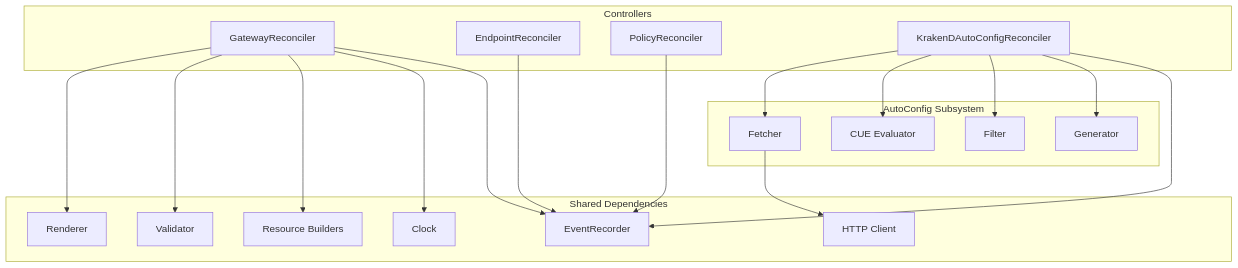
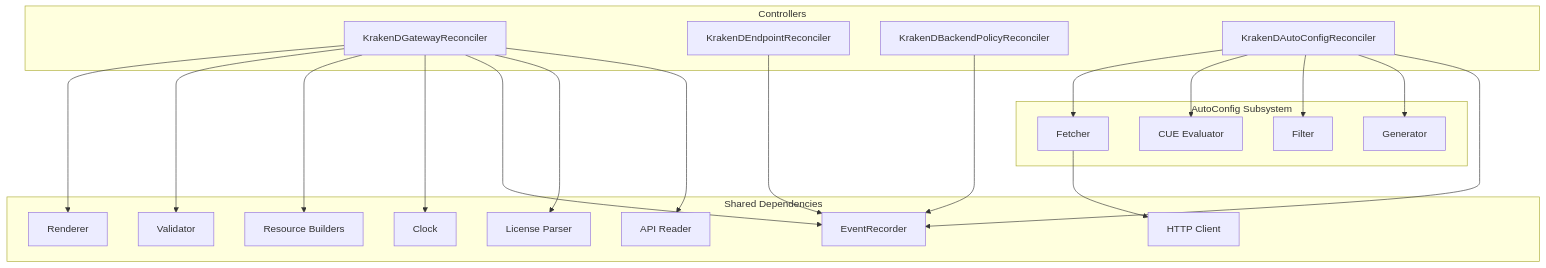
Before and after one commit to MyCarrier-DevOps/KrakenD-Operator: the second of 10 diagrams in architecture/application/application-architecture.md, drawn with Mermaid. The commit also changed other lines of this file, not shown here.

First line of the commit message:
docs(architecture): describe the two-stage gateway controller in app doc

````diff
--- a/architecture/application/application-architecture.md
+++ b/architecture/application/application-architecture.md
@@ -801,39 +830,43 @@
 ```mermaid
 graph TB
     subgraph "Controllers"
-        GC[GatewayReconciler]
-        EC[EndpointReconciler]
-        PC[PolicyReconciler]
+        GC[KrakenDGatewayReconciler]
+        EC[KrakenDEndpointReconciler]
+        PC[KrakenDBackendPolicyReconciler]
         ACC[KrakenDAutoConfigReconciler]
     end
 
     subgraph "Shared Dependencies"
         R[Renderer]
         V[Validator]
         RB[Resource Builders]
         CL[Clock]
         REC[EventRecorder]
         HC[HTTP Client]
+        LP[License Parser]
+        AR[API Reader]
     end
 
     subgraph "AutoConfig Subsystem"
         FE[Fetcher]
         CUE_E[CUE Evaluator]
         FI[Filter]
         GEN[Generator]
     end
 
     GC --> R
     GC --> V
     GC --> RB
     GC --> CL
     GC --> REC
+    GC --> LP
+    GC --> AR
     ACC --> FE
     ACC --> CUE_E
     ACC --> FI
     ACC --> GEN
     ACC --> REC
     FE --> HC
     EC --> REC
     PC --> REC
 ```
````
